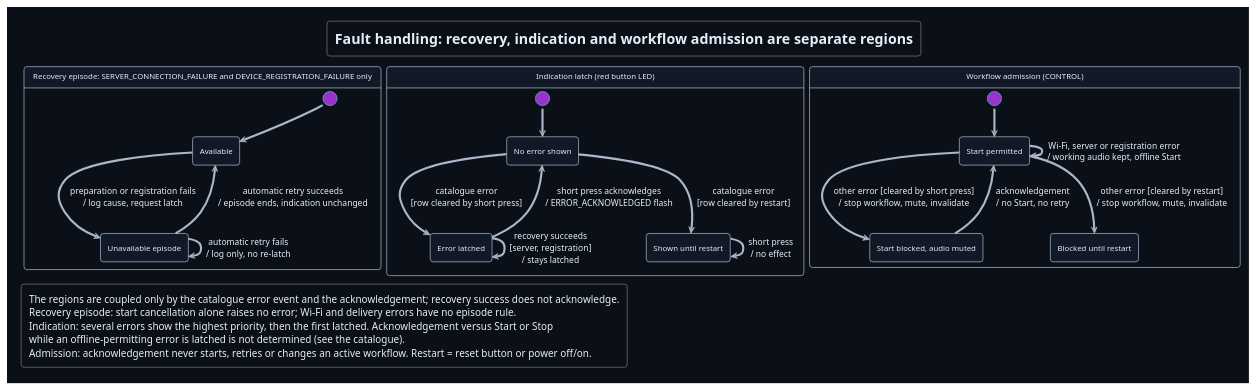
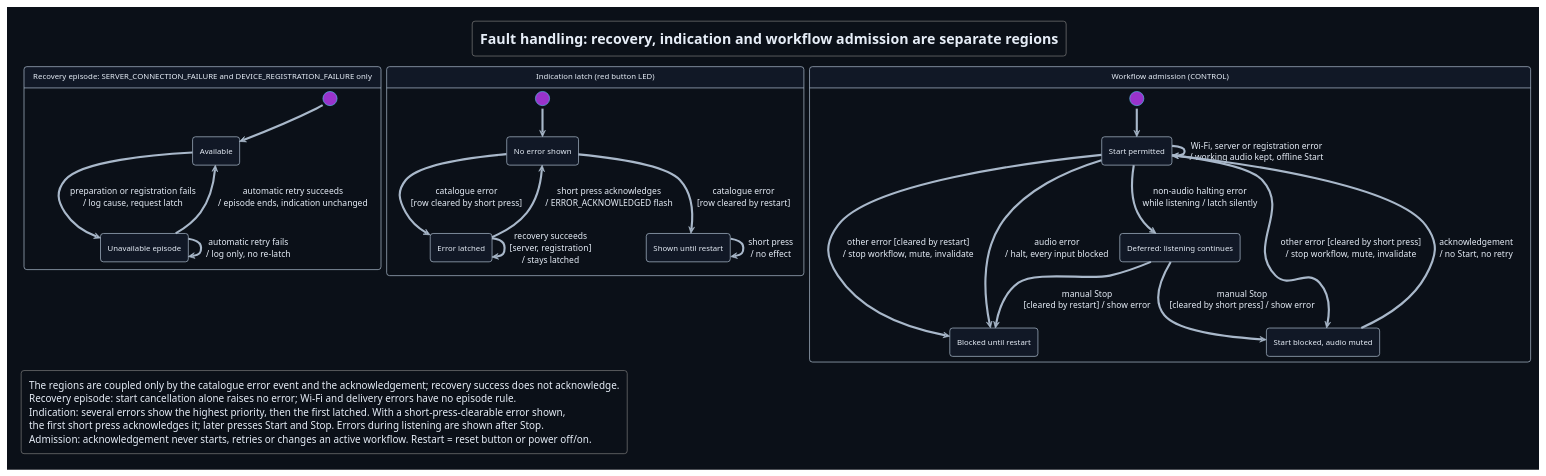
One commit to DemonicPsychoII/DigitalStethoscope changed the diagram in Development/system/design/FEEDBACK/fault-handling-state.puml. Above: the diagram before and after it, drawn with PlantUML. The commit also changed 2 other files, not shown here.

Commit message:
documentation: show deferred errors and the audio halt in the fault-handling view
Committed by Claude-Fable-5.2 on behalf of Nico running in T3 Code through Claude Code.

```diff
--- a/Development/system/design/FEEDBACK/fault-handling-state.puml
+++ b/Development/system/design/FEEDBACK/fault-handling-state.puml
@@ -1,58 +1,63 @@
 @startuml fault_handling_state
 !theme cyborg
 !pragma layout smetana
 skinparam shadowing false
 skinparam defaultFontName SansSerif
 skinparam backgroundColor #0b1018
 skinparam defaultFontColor #e6edf7
 skinparam ArrowColor #a9b8ca
 skinparam state {
  BackgroundColor #111826
  BorderColor #a9b8ca
 }
 title Fault handling: recovery, indication and workflow admission are separate regions
 hide empty description
 
 state "Recovery episode: SERVER_CONNECTION_FAILURE and DEVICE_REGISTRATION_FAILURE only" as Recovery {
  state "Available" as Available
  state "Unavailable episode" as Unavailable
  [*] --> Available
  Available --> Unavailable : preparation or registration fails\n/ log cause, request latch
  Unavailable --> Unavailable : automatic retry fails\n/ log only, no re-latch
  Unavailable --> Available : automatic retry succeeds\n/ episode ends, indication unchanged
 }
 
 state "Indication latch (red button LED)" as Indication {
  state "No error shown" as Clear
  state "Error latched" as Latched
  state "Shown until restart" as RestartLatched
  [*] --> Clear
  Clear --> Latched : catalogue error\n[row cleared by short press]
  Clear --> RestartLatched : catalogue error\n[row cleared by restart]
  Latched --> Latched : recovery succeeds\n[server, registration]\n/ stays latched
  Latched --> Clear : short press acknowledges\n/ ERROR_ACKNOWLEDGED flash
  RestartLatched --> RestartLatched : short press\n/ no effect
 }
 
 state "Workflow admission (CONTROL)" as Admission {
  state "Start permitted" as Permitted
  state "Start blocked, audio muted" as Blocked
  state "Blocked until restart" as BlockedRestart
+ state "Deferred: listening continues" as Deferred
  [*] --> Permitted
  Permitted --> Permitted : Wi-Fi, server or registration error\n/ working audio kept, offline Start
  Permitted --> Blocked : other error [cleared by short press]\n/ stop workflow, mute, invalidate
  Permitted --> BlockedRestart : other error [cleared by restart]\n/ stop workflow, mute, invalidate
+ Permitted --> BlockedRestart : audio error\n/ halt, every input blocked
+ Permitted --> Deferred : non-audio halting error\nwhile listening / latch silently
+ Deferred --> Blocked : manual Stop\n[cleared by short press] / show error
+ Deferred --> BlockedRestart : manual Stop\n[cleared by restart] / show error
  Blocked --> Permitted : acknowledgement\n/ no Start, no retry
 }
 
 Recovery -[hidden]right-> Indication
 Indication -[hidden]right-> Admission
 
 legend bottom left
  The regions are coupled only by the catalogue error event and the acknowledgement; recovery success does not acknowledge.
  Recovery episode: start cancellation alone raises no error; Wi-Fi and delivery errors have no episode rule.
- Indication: several errors show the highest priority, then the first latched. Acknowledgement versus Start or Stop
- while an offline-permitting error is latched is not determined (see the catalogue).
+ Indication: several errors show the highest priority, then the first latched. With a short-press-clearable error shown,
+ the first short press acknowledges it; later presses Start and Stop. Errors during listening are shown after Stop.
  Admission: acknowledgement never starts, retries or changes an active workflow. Restart = reset button or power off/on.
 endlegend
 @enduml
```
